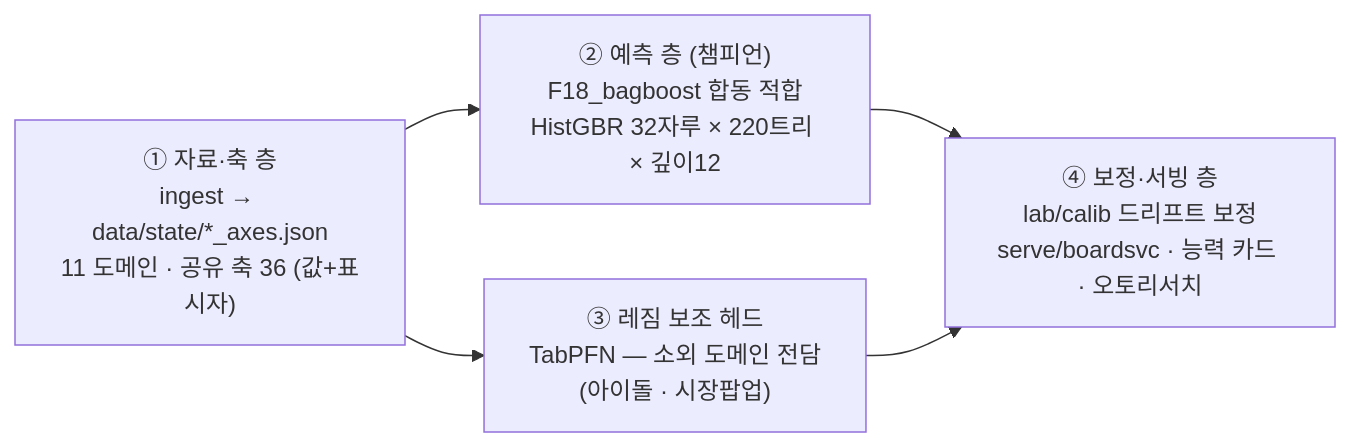
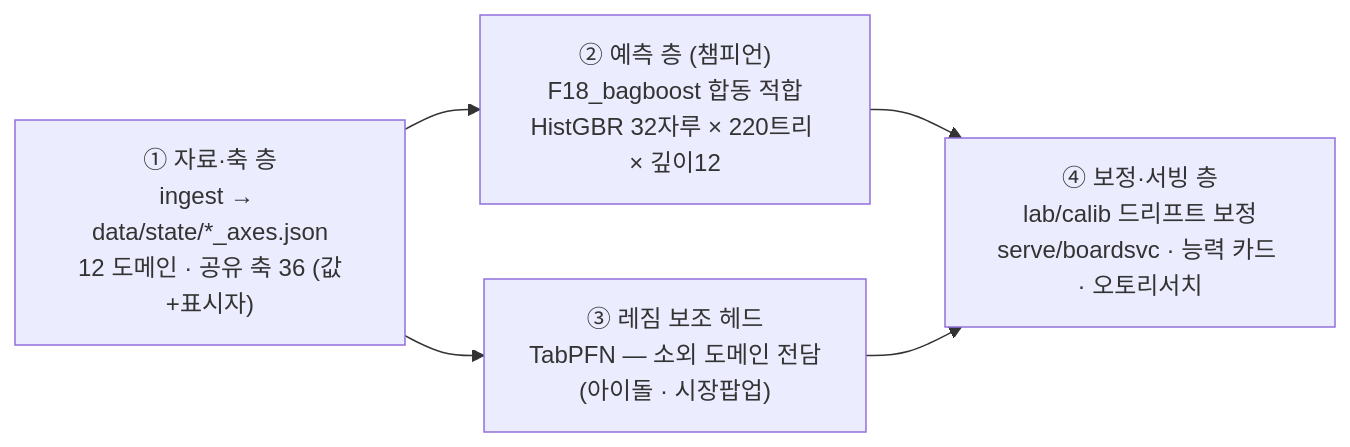
One commit to AX-Gajae/megaclaw changed the diagram in README.md. Above: the diagram before and after it, drawn with Mermaid. The commit also changed other lines of this file, not shown here.

````diff
--- a/README.md
+++ b/README.md
@@ -52,9 +91,9 @@
 ```mermaid
 flowchart LR
-    A["① 자료·축 층<br/>ingest → data/state/*_axes.json<br/>11 도메인 · 공유 축 36 (값+표시자)"]
+    A["① 자료·축 층<br/>ingest → data/state/*_axes.json<br/>12 도메인 · 공유 축 36 (값+표시자)"]
     B["② 예측 층 (챔피언)<br/>F18_bagboost 합동 적합<br/>HistGBR 32자루 × 220트리 × 깊이12"]
     C["③ 레짐 보조 헤드<br/>TabPFN — 소외 도메인 전담<br/>(아이돌 · 시장팝업)"]
     D["④ 보정·서빙 층<br/>lab/calib 드리프트 보정<br/>serve/boardsvc · 능력 카드 · 오토리서치"]
     A --> B --> D
     A --> C --> D
 ```
````
